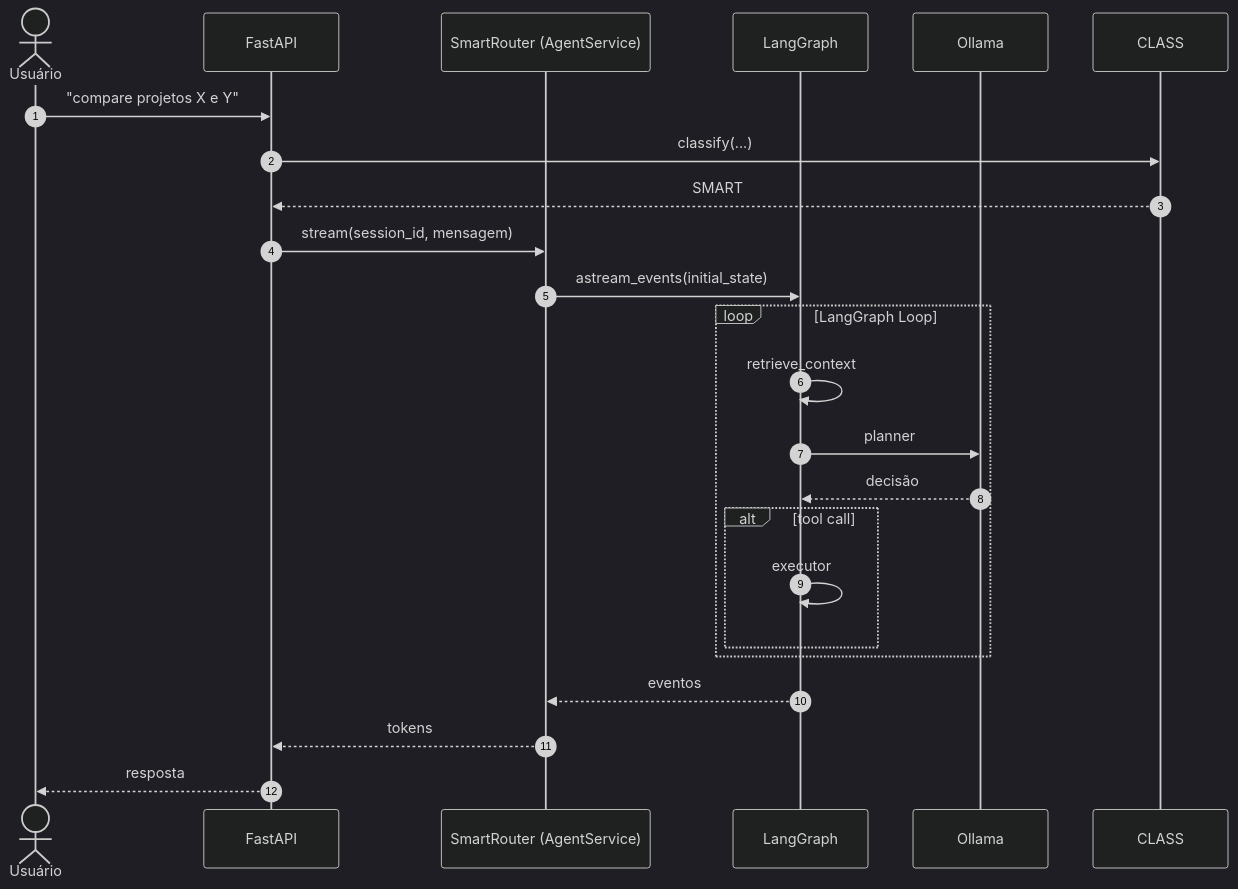
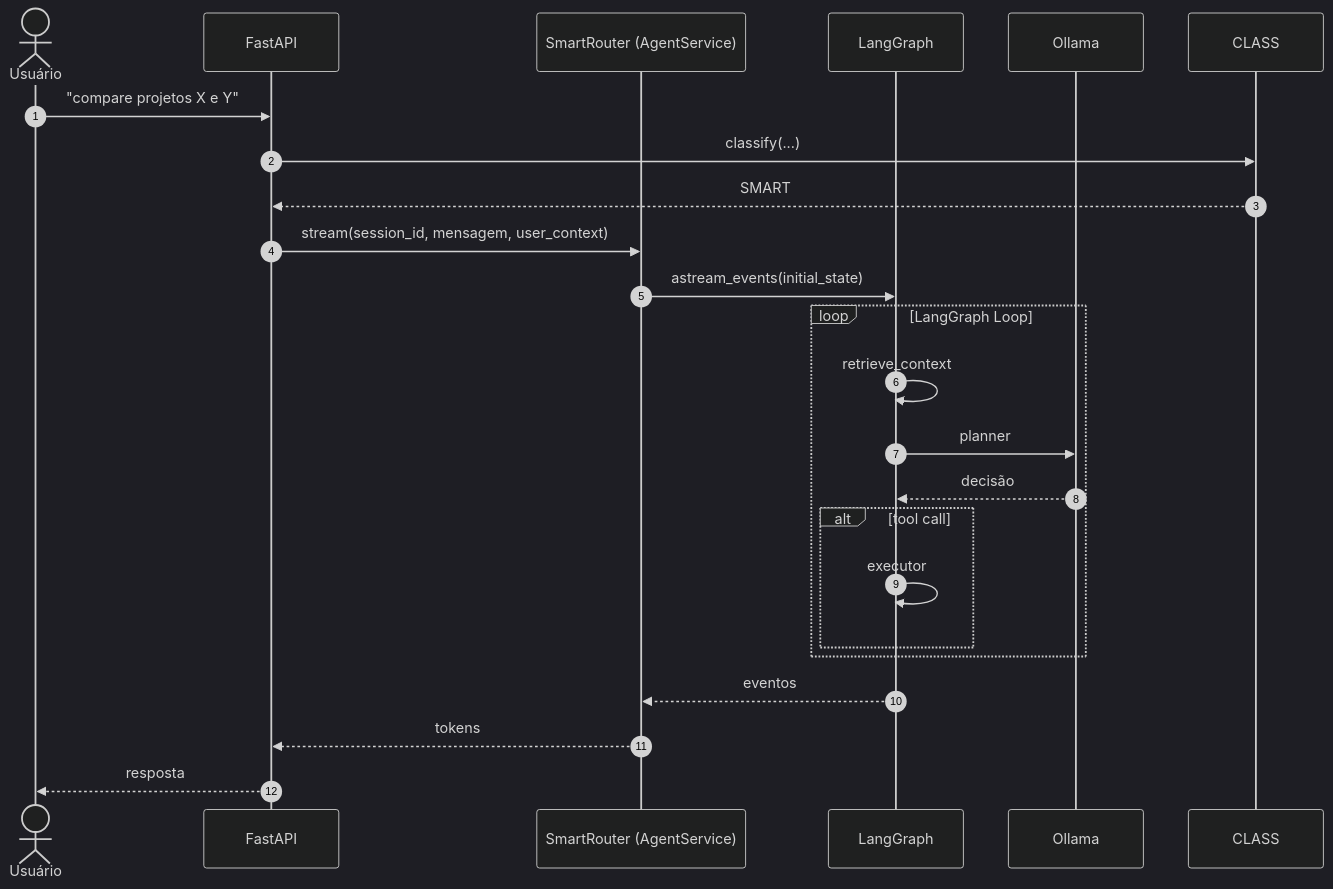
The third of 4 diagrams in docs/02_fluxo_dados.md (Brian5m1th/K.A.O.S), drawn with Mermaid (dark theme) before and after one commit. The commit also changed other lines of this file and 5 other files, not shown here.

Commit message:
docs: atualiza documentacao existente com referencia ao User Context

````diff
--- a/docs/02_fluxo_dados.md
+++ b/docs/02_fluxo_dados.md
@@ -108,28 +109,28 @@
 ```mermaid
 sequenceDiagram
     autonumber
     actor User as Usuário
     participant API as FastAPI
     participant SVC as SmartRouter (AgentService)
     participant GRAPH as LangGraph
     participant LLM as Ollama
 
     User->>API: "compare projetos X e Y"
     API->>CLASS: classify(...)
     CLASS-->>API: SMART
-    API->>SVC: stream(session_id, mensagem)
+    API->>SVC: stream(session_id, mensagem, user_context)
     SVC->>GRAPH: astream_events(initial_state)
     
     loop LangGraph Loop
         GRAPH->>GRAPH: retrieve_context
         GRAPH->>LLM: planner
         LLM-->>GRAPH: decisão
         alt tool call
             GRAPH->>GRAPH: executor
         end
     end
     
     GRAPH-->>SVC: eventos
     SVC-->>API: tokens
     API-->>User: resposta
 ```
````
